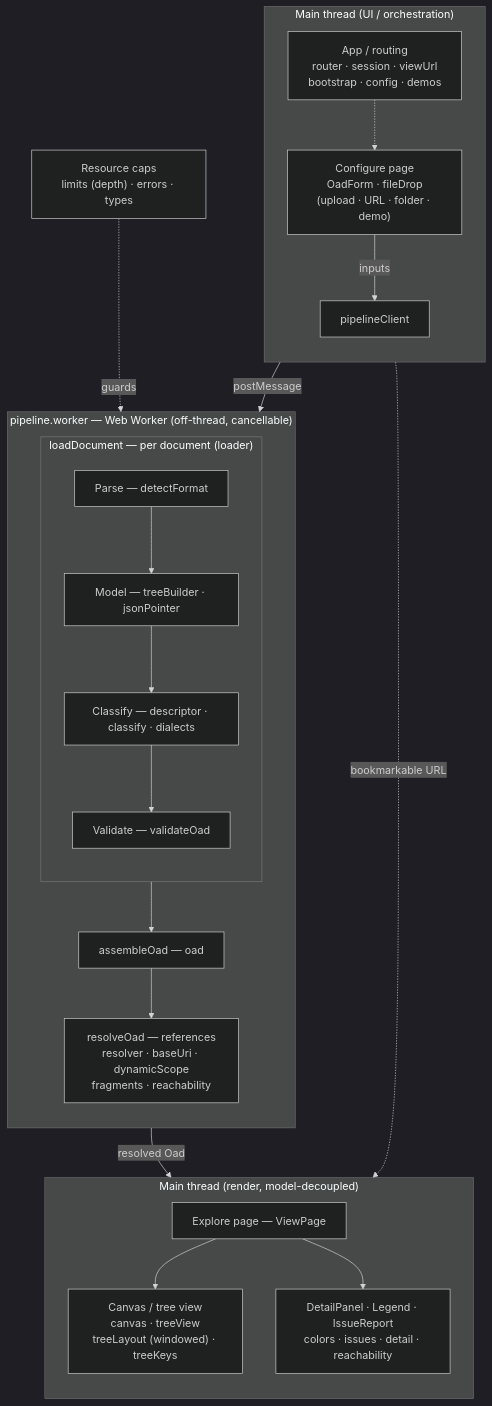
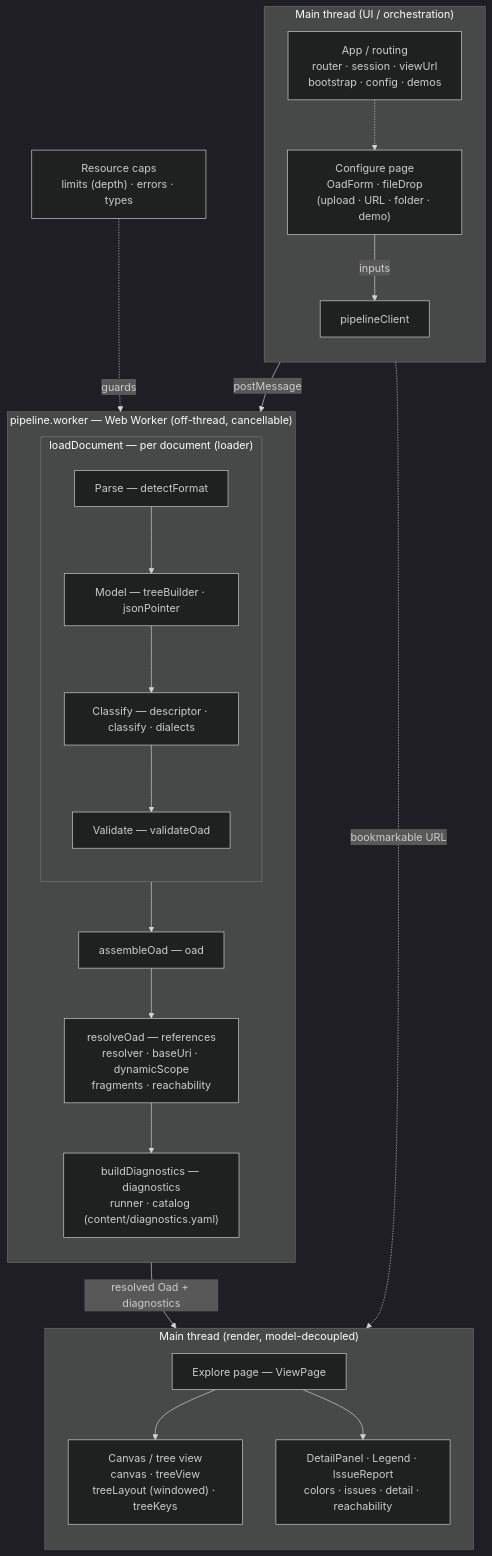
The diagram in CONTRIBUTING.md (handrews/oas-tree-viewer), drawn with Mermaid (dark theme) before and after one commit. The commit also changed other lines of this file and 1 other file, not shown here.

First line of the commit message:
docs: changelog + CONTRIBUTING architecture for the unified diagnostics

````diff
--- a/CONTRIBUTING.md
+++ b/CONTRIBUTING.md
@@ -50,42 +50,43 @@
 ```mermaid
 flowchart TD
     subgraph mainIn["Main thread (UI / orchestration)"]
         direction TB
         cfg["Configure page<br/>OadForm · fileDrop<br/>(upload · URL · folder · demo)"]
         client["pipelineClient"]
         routing["App / routing<br/>router · session · viewUrl<br/>bootstrap · config · demos"]
     end
 
     subgraph wk["pipeline.worker — Web Worker (off-thread, cancellable)"]
         direction TB
         subgraph load["loadDocument — per document (loader)"]
             direction TB
             parse["Parse — detectFormat"]
             model["Model — treeBuilder · jsonPointer"]
             classify["Classify — descriptor · classify · dialects"]
             validate["Validate — validateOad"]
             parse --> model --> classify --> validate
         end
         assemble["assembleOad — oad"]
         refs["resolveOad — references<br/>resolver · baseUri · dynamicScope<br/>fragments · reachability"]
-        load --> assemble --> refs
+        diag["buildDiagnostics — diagnostics<br/>runner · catalog (content/diagnostics.yaml)"]
+        load --> assemble --> refs --> diag
     end
 
     subgraph mainOut["Main thread (render, model-decoupled)"]
         direction TB
         view["Explore page — ViewPage"]
         canvas["Canvas / tree view<br/>canvas · treeView<br/>treeLayout (windowed) · treeKeys"]
         panels["DetailPanel · Legend · IssueReport<br/>colors · issues · detail · reachability"]
         view --> canvas
         view --> panels
     end
 
     limits["Resource caps<br/>limits (depth) · errors · types"]
 
     cfg -->|inputs| client
     client -->|postMessage| load
-    refs -->|resolved Oad| view
+    diag -->|resolved Oad + diagnostics| view
     routing -. bookmarkable URL .-> view
     routing -.-> cfg
     limits -. guards .-> load
 ```
````
